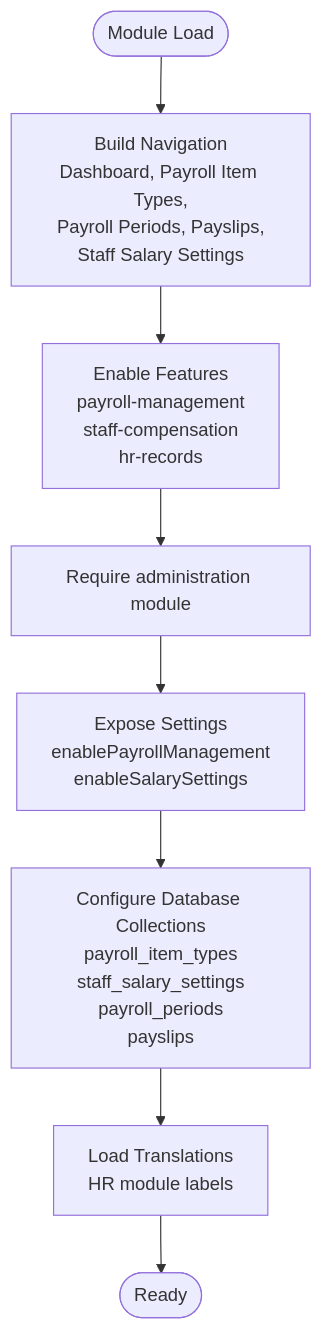
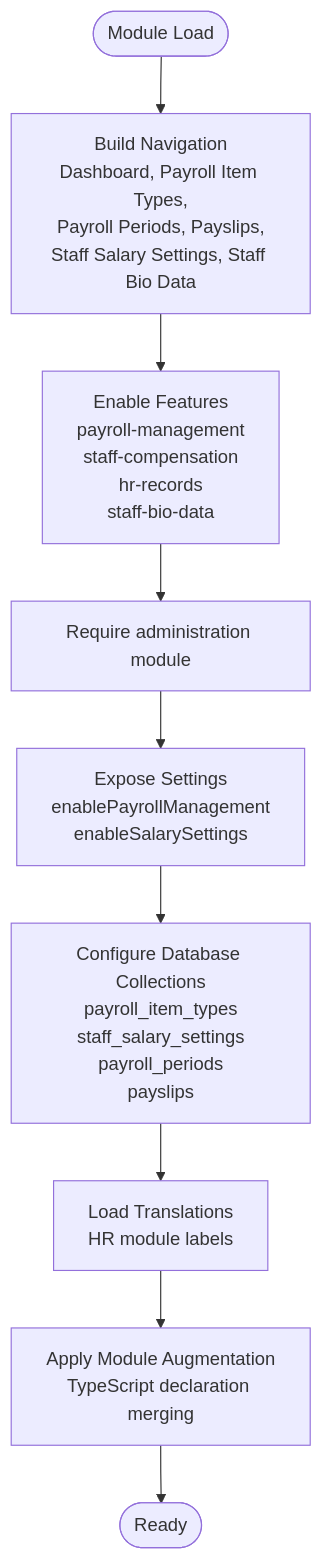
The sixth of 15 diagrams in .qoder/repowiki/en/content/Modules System/HR Module.md (geniusdynamics/schoolpilot), drawn with Mermaid before and after one commit. The commit also changed other lines of this file and 54 other files, not shown here.

````diff
--- a/.qoder/repowiki/en/content/Modules System/HR Module.md
+++ b/.qoder/repowiki/en/content/Modules System/HR Module.md
@@ -255,10 +374,11 @@
 ```mermaid
 flowchart TD
-Start(["Module Load"]) --> Nav["Build Navigation<br/>Dashboard, Payroll Item Types,<br/>Payroll Periods, Payslips,<br/>Staff Salary Settings"]
-Nav --> Features["Enable Features<br/>payroll-management<br/>staff-compensation<br/>hr-records"]
+Start(["Module Load"]) --> Nav["Build Navigation<br/>Dashboard, Payroll Item Types,<br/>Payroll Periods, Payslips,<br/>Staff Salary Settings, Staff Bio Data"]
+Nav --> Features["Enable Features<br/>payroll-management<br/>staff-compensation<br/>hr-records<br/>staff-bio-data"]
 Features --> Deps["Require administration module"]
 Deps --> Settings["Expose Settings<br/>enablePayrollManagement<br/>enableSalarySettings"]
 Settings --> Collections["Configure Database Collections<br/>payroll_item_types<br/>staff_salary_settings<br/>payroll_periods<br/>payslips"]
 Collections --> I18n["Load Translations<br/>HR module labels"]
-I18n --> End(["Ready"])
+I18n --> Aug["Apply Module Augmentation<br/>TypeScript declaration merging"]
+Aug --> End(["Ready"])
 ```
````
